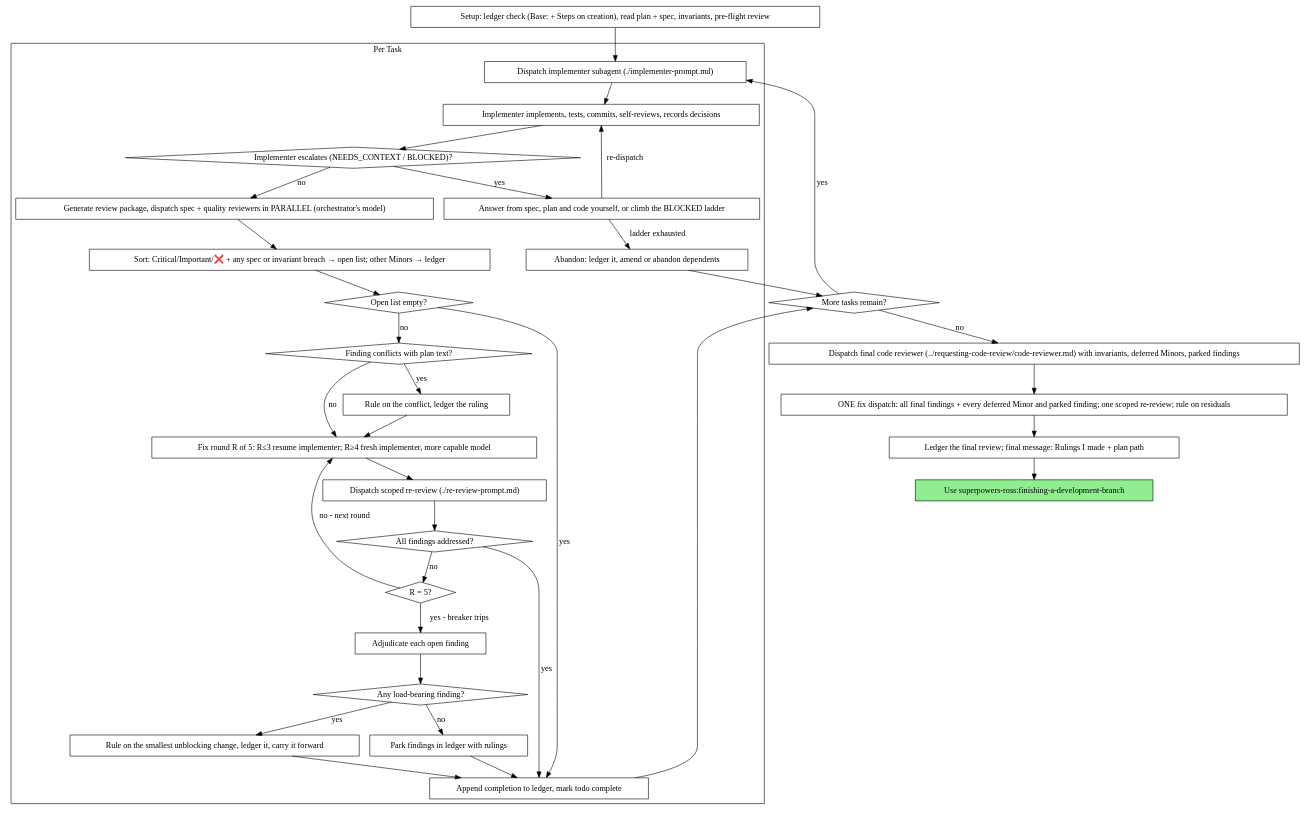
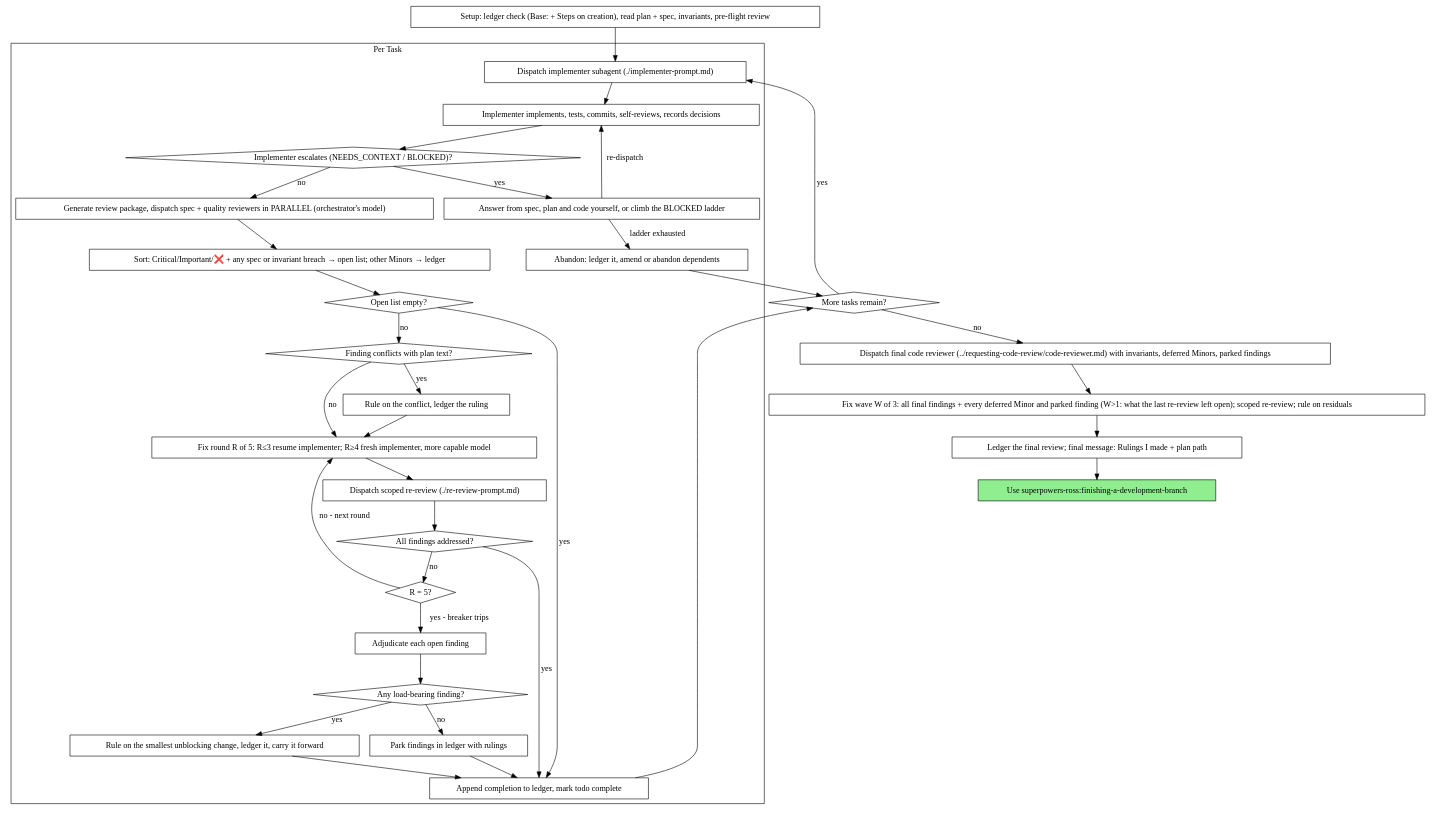
The second of 2 diagrams in skills/subagent-driven-development/SKILL.md (rossturner/superpowers), drawn with Graphviz before and after one commit. The commit also changed other lines of this file and 4 other files, not shown here.

````diff
--- a/skills/subagent-driven-development/SKILL.md
+++ b/skills/subagent-driven-development/SKILL.md
@@ -73,68 +73,68 @@
 ```dot
 digraph process {
     rankdir=TB;
 
     subgraph cluster_per_task {
         label="Per Task";
         "Dispatch implementer subagent (./implementer-prompt.md)" [shape=box];
         "Implementer implements, tests, commits, self-reviews, records decisions" [shape=box];
         "Implementer escalates (NEEDS_CONTEXT / BLOCKED)?" [shape=diamond];
         "Answer from spec, plan and code yourself, or climb the BLOCKED ladder" [shape=box];
         "Abandon: ledger it, amend or abandon dependents" [shape=box];
         "Generate review package, dispatch spec + quality reviewers in PARALLEL (orchestrator's model)" [shape=box];
         "Sort: Critical/Important/❌ + any spec or invariant breach → open list; other Minors → ledger" [shape=box];
         "Open list empty?" [shape=diamond];
         "Finding conflicts with plan text?" [shape=diamond];
         "Rule on the conflict, ledger the ruling" [shape=box];
         "Fix round R of 5: R≤3 resume implementer; R≥4 fresh implementer, more capable model" [shape=box];
         "Dispatch scoped re-review (./re-review-prompt.md)" [shape=box];
         "All findings addressed?" [shape=diamond];
         "R = 5?" [shape=diamond];
         "Adjudicate each open finding" [shape=box];
         "Any load-bearing finding?" [shape=diamond];
         "Rule on the smallest unblocking change, ledger it, carry it forward" [shape=box];
         "Park findings in ledger with rulings" [shape=box];
         "Append completion to ledger, mark todo complete" [shape=box];
     }
 
     "Setup: ledger check (Base: + Steps on creation), read plan + spec, invariants, pre-flight review" [shape=box];
     "More tasks remain?" [shape=diamond];
     "Dispatch final code reviewer (../requesting-code-review/code-reviewer.md) with invariants, deferred Minors, parked findings" [shape=box];
-    "ONE fix dispatch: all final findings + every deferred Minor and parked finding; one scoped re-review; rule on residuals" [shape=box];
+    "Fix wave W of 3: all final findings + every deferred Minor and parked finding (W>1: what the last re-review left open); scoped re-review; rule on residuals" [shape=box];
     "Ledger the final review; final message: Rulings I made + plan path" [shape=box];
     "Use superpowers-ross:finishing-a-development-branch" [shape=box style=filled fillcolor=lightgreen];
 
     "Setup: ledger check (Base: + Steps on creation), read plan + spec, invariants, pre-flight review" -> "Dispatch implementer subagent (./implementer-prompt.md)";
     "Dispatch implementer subagent (./implementer-prompt.md)" -> "Implementer implements, tests, commits, self-reviews, records decisions";
     "Implementer implements, tests, commits, self-reviews, records decisions" -> "Implementer escalates (NEEDS_CONTEXT / BLOCKED)?";
     "Implementer escalates (NEEDS_CONTEXT / BLOCKED)?" -> "Answer from spec, plan and code yourself, or climb the BLOCKED ladder" [label="yes"];
     "Answer from spec, plan and code yourself, or climb the BLOCKED ladder" -> "Implementer implements, tests, commits, self-reviews, records decisions" [label="re-dispatch"];
     "Answer from spec, plan and code yourself, or climb the BLOCKED ladder" -> "Abandon: ledger it, amend or abandon dependents" [label="ladder exhausted"];
     "Abandon: ledger it, amend or abandon dependents" -> "More tasks remain?";
     "Implementer escalates (NEEDS_CONTEXT / BLOCKED)?" -> "Generate review package, dispatch spec + quality reviewers in PARALLEL (orchestrator's model)" [label="no"];
     "Generate review package, dispatch spec + quality reviewers in PARALLEL (orchestrator's model)" -> "Sort: Critical/Important/❌ + any spec or invariant breach → open list; other Minors → ledger";
     "Sort: Critical/Important/❌ + any spec or invariant breach → open list; other Minors → ledger" -> "Open list empty?";
     "Open list empty?" -> "Append completion to ledger, mark todo complete" [label="yes"];
     "Open list empty?" -> "Finding conflicts with plan text?" [label="no"];
     "Finding conflicts with plan text?" -> "Rule on the conflict, ledger the ruling" [label="yes"];
     "Rule on the conflict, ledger the ruling" -> "Fix round R of 5: R≤3 resume implementer; R≥4 fresh implementer, more capable model";
     "Finding conflicts with plan text?" -> "Fix round R of 5: R≤3 resume implementer; R≥4 fresh implementer, more capable model" [label="no"];
     "Fix round R of 5: R≤3 resume implementer; R≥4 fresh implementer, more capable model" -> "Dispatch scoped re-review (./re-review-prompt.md)";
     "Dispatch scoped re-review (./re-review-prompt.md)" -> "All findings addressed?";
     "All findings addressed?" -> "Append completion to ledger, mark todo complete" [label="yes"];
     "All findings addressed?" -> "R = 5?" [label="no"];
     "R = 5?" -> "Fix round R of 5: R≤3 resume implementer; R≥4 fresh implementer, more capable model" [label="no - next round"];
     "R = 5?" -> "Adjudicate each open finding" [label="yes - breaker trips"];
     "Adjudicate each open finding" -> "Any load-bearing finding?";
     "Any load-bearing finding?" -> "Rule on the smallest unblocking change, ledger it, carry it forward" [label="yes"];
     "Rule on the smallest unblocking change, ledger it, carry it forward" -> "Append completion to ledger, mark todo complete";
     "Any load-bearing finding?" -> "Park findings in ledger with rulings" [label="no"];
     "Park findings in ledger with rulings" -> "Append completion to ledger, mark todo complete";
     "Append completion to ledger, mark todo complete" -> "More tasks remain?";
     "More tasks remain?" -> "Dispatch implementer subagent (./implementer-prompt.md)" [label="yes"];
     "More tasks remain?" -> "Dispatch final code reviewer (../requesting-code-review/code-reviewer.md) with invariants, deferred Minors, parked findings" [label="no"];
-    "Dispatch final code reviewer (../requesting-code-review/code-reviewer.md) with invariants, deferred Minors, parked findings" -> "ONE fix dispatch: all final findings + every deferred Minor and parked finding; one scoped re-review; rule on residuals";
-    "ONE fix dispatch: all final findings + every deferred Minor and parked finding; one scoped re-review; rule on residuals" -> "Ledger the final review; final message: Rulings I made + plan path";
+    "Dispatch final code reviewer (../requesting-code-review/code-reviewer.md) with invariants, deferred Minors, parked findings" -> "Fix wave W of 3: all final findings + every deferred Minor and parked finding (W>1: what the last re-review left open); scoped re-review; rule on residuals";
+    "Fix wave W of 3: all final findings + every deferred Minor and parked finding (W>1: what the last re-review left open); scoped re-review; rule on residuals" -> "Ledger the final review; final message: Rulings I made + plan path";
     "Ledger the final review; final message: Rulings I made + plan path" -> "Use superpowers-ross:finishing-a-development-branch";
 }
 ```
````
